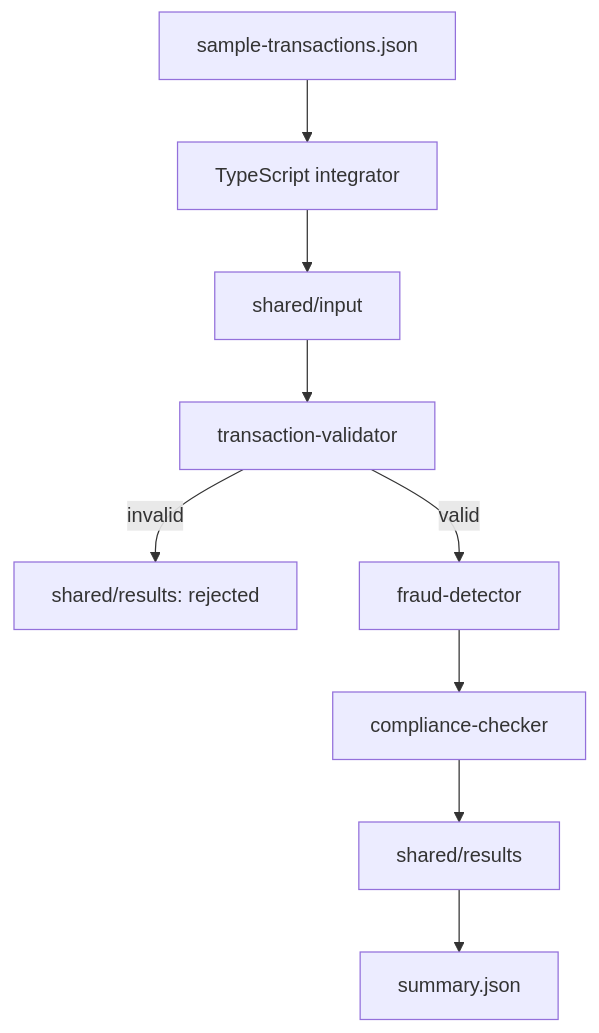
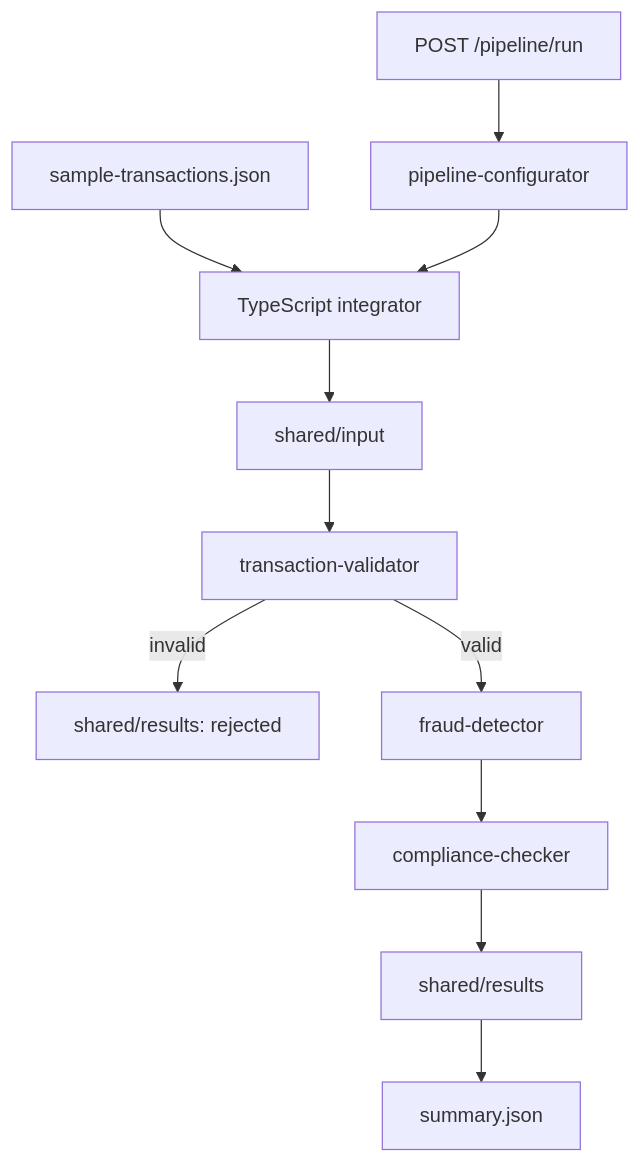
The first of 2 diagrams in homework-6/README.md (zpawn/gen-ai-software-engineering), drawn with Mermaid before and after one commit. The commit also changed other lines of this file and 41 other files, not shown here.

Commit message:
feat: add configurable REST pipeline and capstone presentation

````diff
--- a/homework-6/README.md
+++ b/homework-6/README.md
@@ -38,11 +41,13 @@
 ```mermaid
 flowchart TD
     Sample[sample-transactions.json] --> Integrator[TypeScript integrator]
+    REST[POST /pipeline/run] --> Configurator[pipeline-configurator]
+    Configurator --> Integrator
     Integrator --> Input[shared/input]
     Input --> Validator[transaction-validator]
     Validator -->|invalid| Rejected[shared/results: rejected]
     Validator -->|valid| Fraud[fraud-detector]
     Fraud --> Compliance[compliance-checker]
     Compliance --> Results[shared/results]
     Results --> Summary[summary.json]
 ```
````
